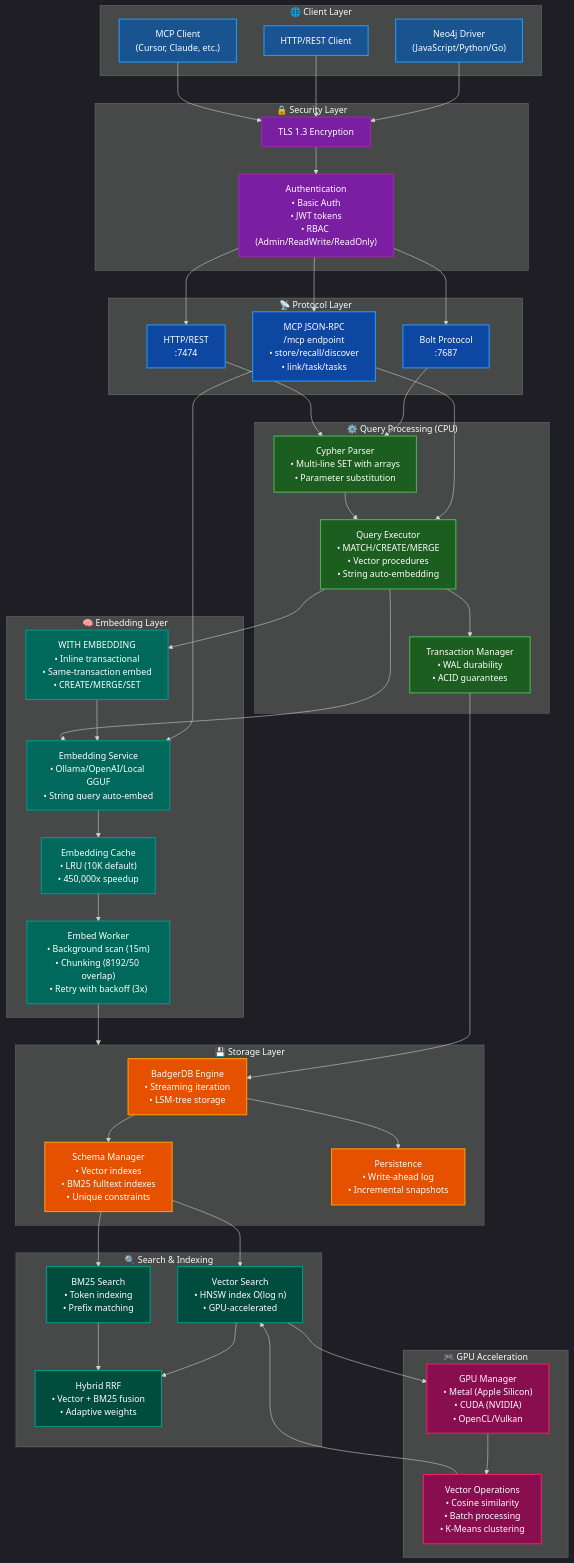
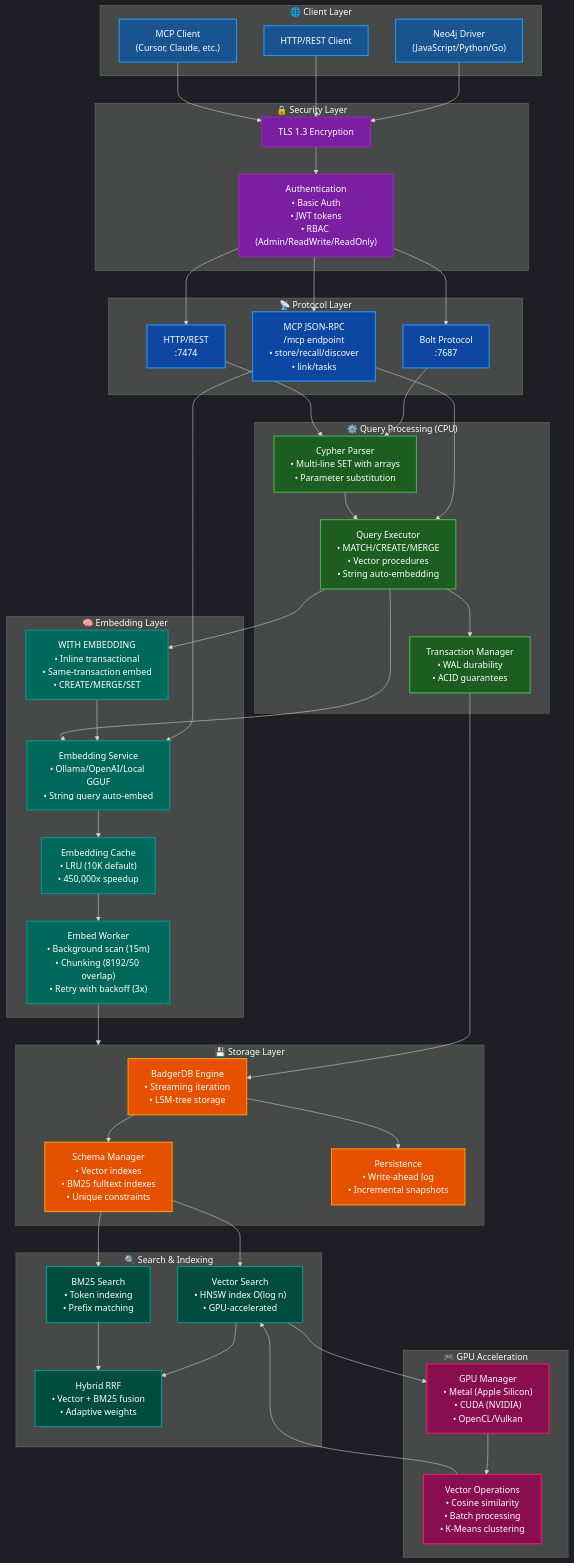
The diagram in docs/architecture/system-design.md (orneryd/NornicDB), drawn with Mermaid before and after one commit. The commit also changed other lines of this file and 8 other files, not shown here.

First line of the commit message:
fix(mcp): address review feedback on URL pinning and tasks schema

```diff
--- a/docs/architecture/system-design.md
+++ b/docs/architecture/system-design.md
@@ -34,7 +34,7 @@
     subgraph Protocol["📡 Protocol Layer"]
         BoltServer["Bolt Protocol<br/>:7687"]
         HTTPServer["HTTP/REST<br/>:7474"]
-        MCPServer["MCP JSON-RPC<br/>/mcp endpoint<br/>• store/recall/discover<br/>• link/task/tasks"]
+        MCPServer["MCP JSON-RPC<br/>/mcp endpoint<br/>• store/recall/discover<br/>• link/tasks"]
     end
 
     subgraph Embedding["🧠 Embedding Layer"]
```
